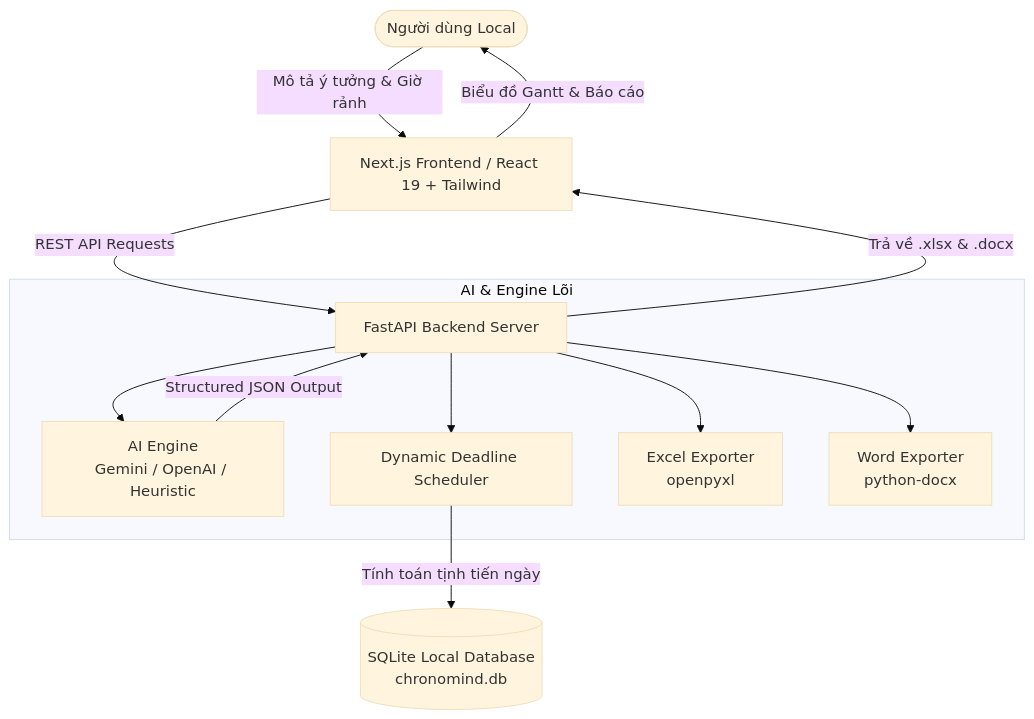
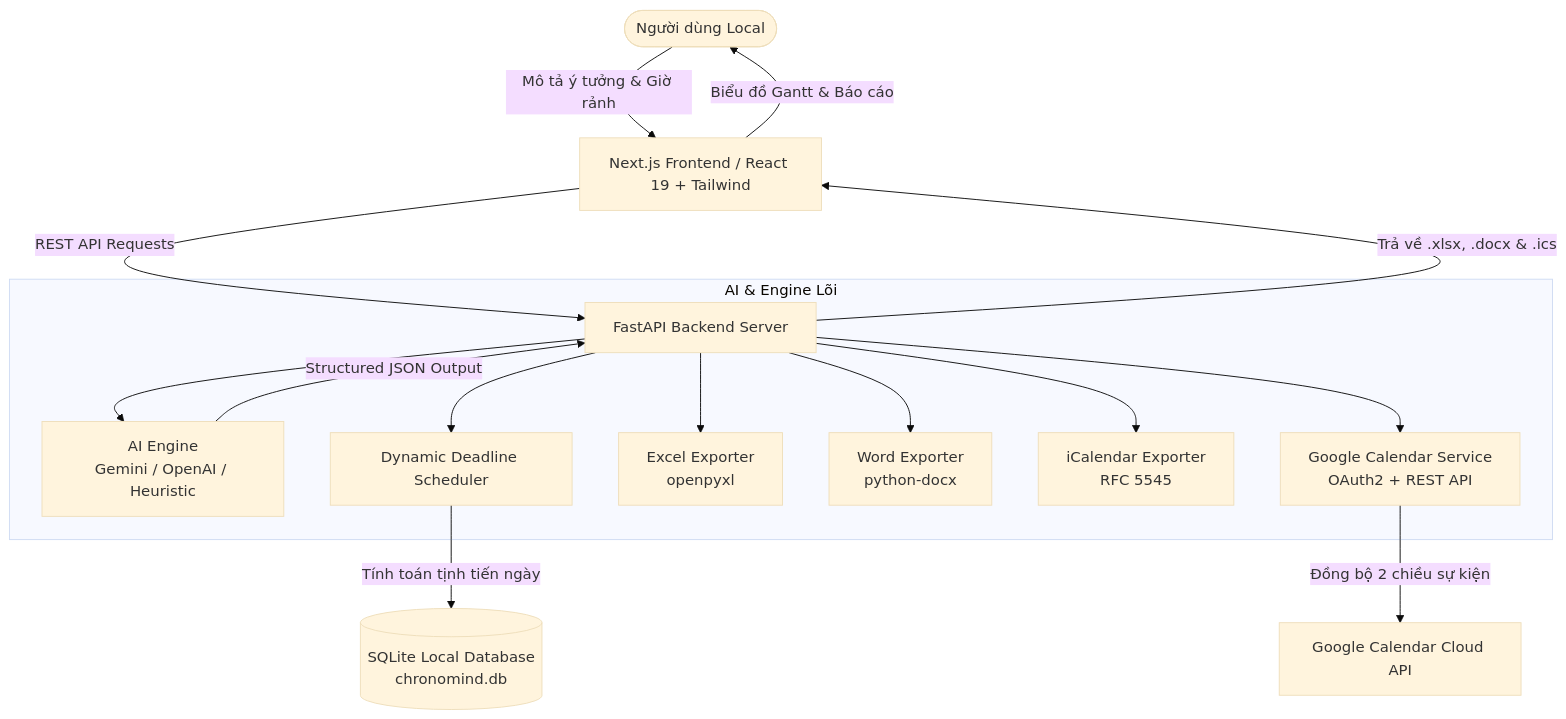
The diagram in README.md (TrungLegit/Chronomind), drawn with Mermaid (base theme) before and after one commit. The commit also changed other lines of this file and 10 other files, not shown here.

Commit message:
feat(integration): add Hybrid Google Calendar sync, iCalendar export and setup guide

````diff
--- a/README.md
+++ b/README.md
@@ -124,17 +135,20 @@
 ```mermaid
 graph TD
     User([Người dùng Local]) -->|Mô tả ý tưởng & Giờ rảnh| FE[Next.js Frontend / React 19 + Tailwind]
     FE -->|REST API Requests| BE[FastAPI Backend Server]
     
     subgraph AI & Engine Lõi
         BE --> AIEngine[AI Engine<br/>Gemini / OpenAI / Heuristic]
         BE --> Scheduler[Dynamic Deadline Scheduler]
         BE --> ExporterExcel[Excel Exporter<br/>openpyxl]
         BE --> ExporterWord[Word Exporter<br/>python-docx]
+        BE --> ExporterICS[iCalendar Exporter<br/>RFC 5545]
+        BE --> GoogleCal[Google Calendar Service<br/>OAuth2 + REST API]
     end
 
     AIEngine -->|Structured JSON Output| BE
     Scheduler -->|Tính toán tịnh tiến ngày| DB[(SQLite Local Database<br/>chronomind.db)]
-    BE -->|Trả về .xlsx & .docx| FE
+    BE -->|Trả về .xlsx, .docx & .ics| FE
+    GoogleCal -->|Đồng bộ 2 chiều sự kiện| GCalApi[Google Calendar Cloud API]
     FE -->|Biểu đồ Gantt & Báo cáo| User
 ```
````
